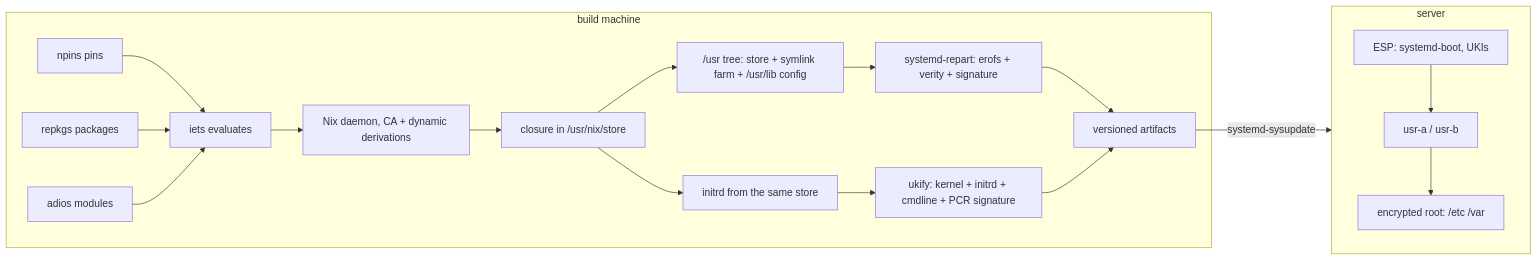
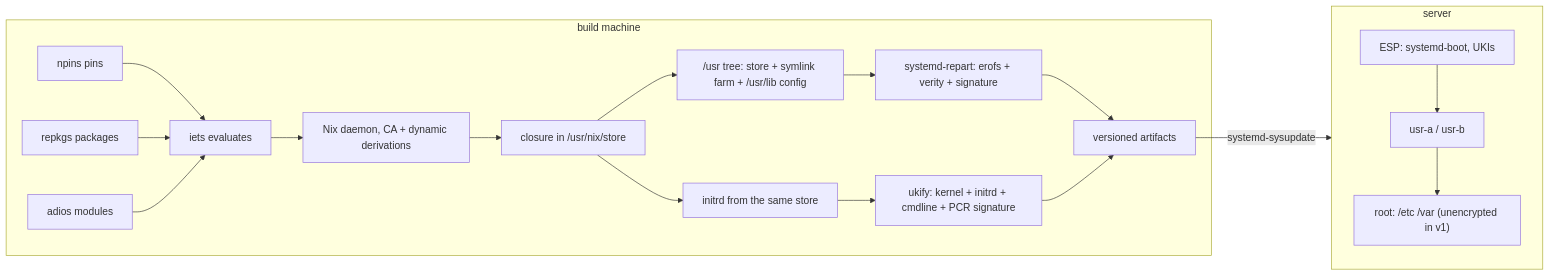
One commit to slophaer/golconda changed the diagram in docs/design/architecture.md. Above: the diagram before and after it, drawn with Mermaid. The commit also changed 4 other files, not shown here.

First line of the commit message:
docs: design pages mark planned features, diagrams match text

````diff
--- a/docs/design/architecture.md
+++ b/docs/design/architecture.md
@@ -6,21 +6,21 @@
 ```mermaid
 flowchart LR
   subgraph build["build machine"]
     npins[npins pins] --> iets[iets evaluates]
     repkgs[repkgs packages] --> iets
     adios[adios modules] --> iets
     iets --> daemon[Nix daemon, CA + dynamic derivations]
     daemon --> closure[closure in /usr/nix/store]
     closure --> usr["/usr tree: store + symlink farm + /usr/lib config"]
     usr --> repart[systemd-repart: erofs + verity + signature]
     closure --> initrd[initrd from the same store]
     initrd --> ukify[ukify: kernel + initrd + cmdline + PCR signature]
     repart --> artifacts[versioned artifacts]
     ukify --> artifacts
   end
   artifacts -->|systemd-sysupdate| machine
   subgraph machine["server"]
     esp[ESP: systemd-boot, UKIs] --> usrab["usr-a / usr-b"]
-    usrab --> root["encrypted root: /etc /var"]
+    usrab --> root["root: /etc /var (unencrypted in v1)"]
   end
 ```
````
